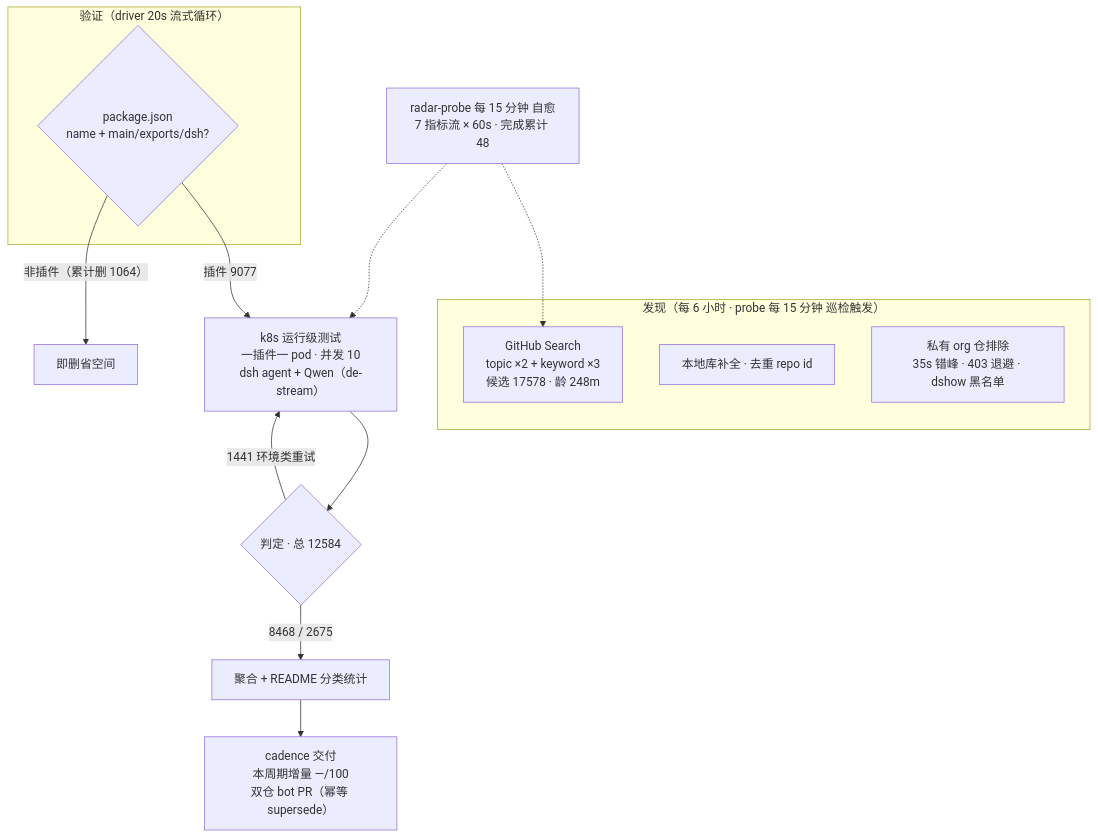
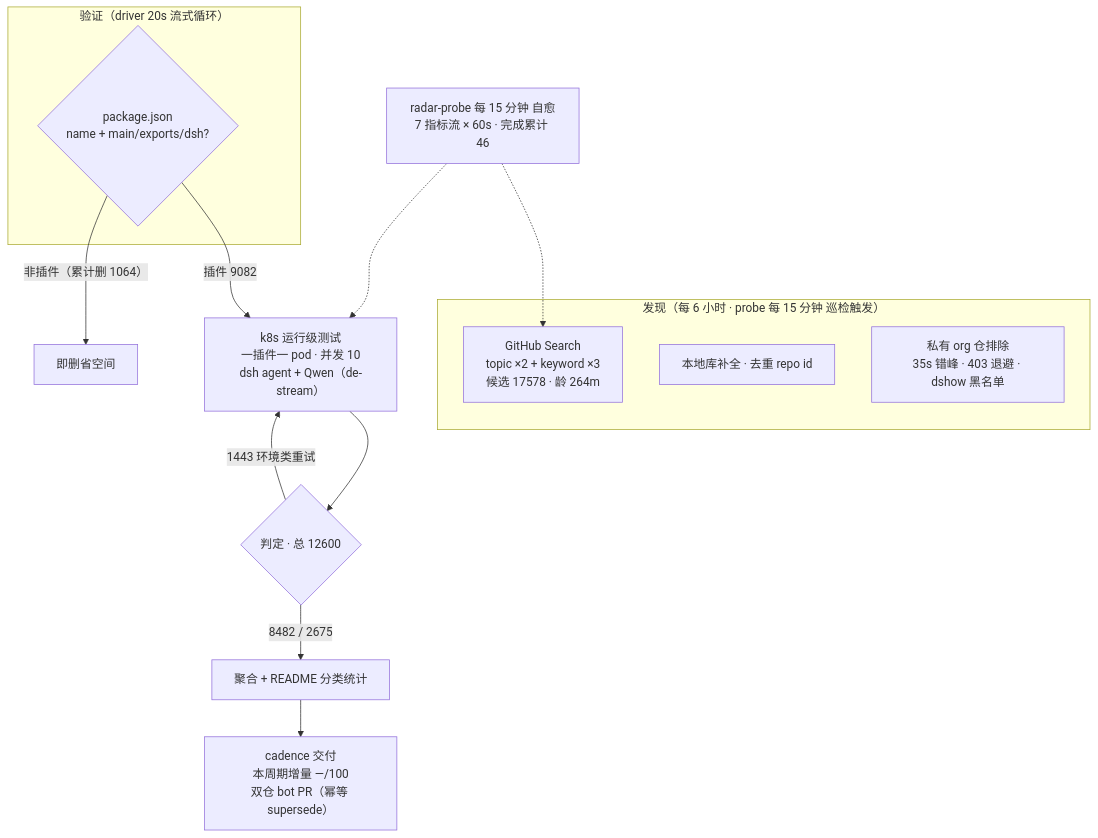
Before and after one commit to Zhidao-Lab-OSS/awesome-dsh-plugins: the diagram in README.md, drawn with Mermaid. The commit also changed other lines of this file and 1 other file, not shown here.

````diff
--- a/README.md
+++ b/README.md
@@ -52,20 +52,20 @@
 ```mermaid
 flowchart TB
     subgraph Discovery["发现（每 6 小时 · probe 每 15 分钟 巡检触发）"]
-        A1["GitHub Search<br/>topic ×2 + keyword ×3<br/>候选 17578 · 龄 248m"]
+        A1["GitHub Search<br/>topic ×2 + keyword ×3<br/>候选 17578 · 龄 264m"]
         A2["本地库补全 · 去重 repo id"]
         A3["私有 org 仓排除<br/>35s 错峰 · 403 退避 · dshow 黑名单"]
     end
     subgraph Validation["验证（driver 20s 流式循环）"]
         B1{"package.json<br/>name + main/exports/dsh?"}
     end
-    B1 -->|"插件 9077"| C1["k8s 运行级测试<br/>一插件一 pod · 并发 10<br/>dsh agent + Qwen（de-stream）"]
+    B1 -->|"插件 9082"| C1["k8s 运行级测试<br/>一插件一 pod · 并发 10<br/>dsh agent + Qwen（de-stream）"]
     B1 -->|"非插件（累计删 1064）"| B3["即删省空间"]
-    C1 --> D1{"判定 · 总 12584"}
-    D1 -->|"8468 / 2675"| E1["聚合 + README 分类统计"]
-    D1 -->|"1441 环境类重试"| C1
+    C1 --> D1{"判定 · 总 12600"}
+    D1 -->|"8482 / 2675"| E1["聚合 + README 分类统计"]
+    D1 -->|"1443 环境类重试"| C1
     E1 --> E2["cadence 交付<br/>本周期增量 —/100<br/>双仓 bot PR（幂等 supersede）"]
-    M["radar-probe 每 15 分钟 自愈<br/>7 指标流 × 60s · 完成累计 48"]
+    M["radar-probe 每 15 分钟 自愈<br/>7 指标流 × 60s · 完成累计 46"]
     M -.-> A1
     M -.-> C1
 ```
````
